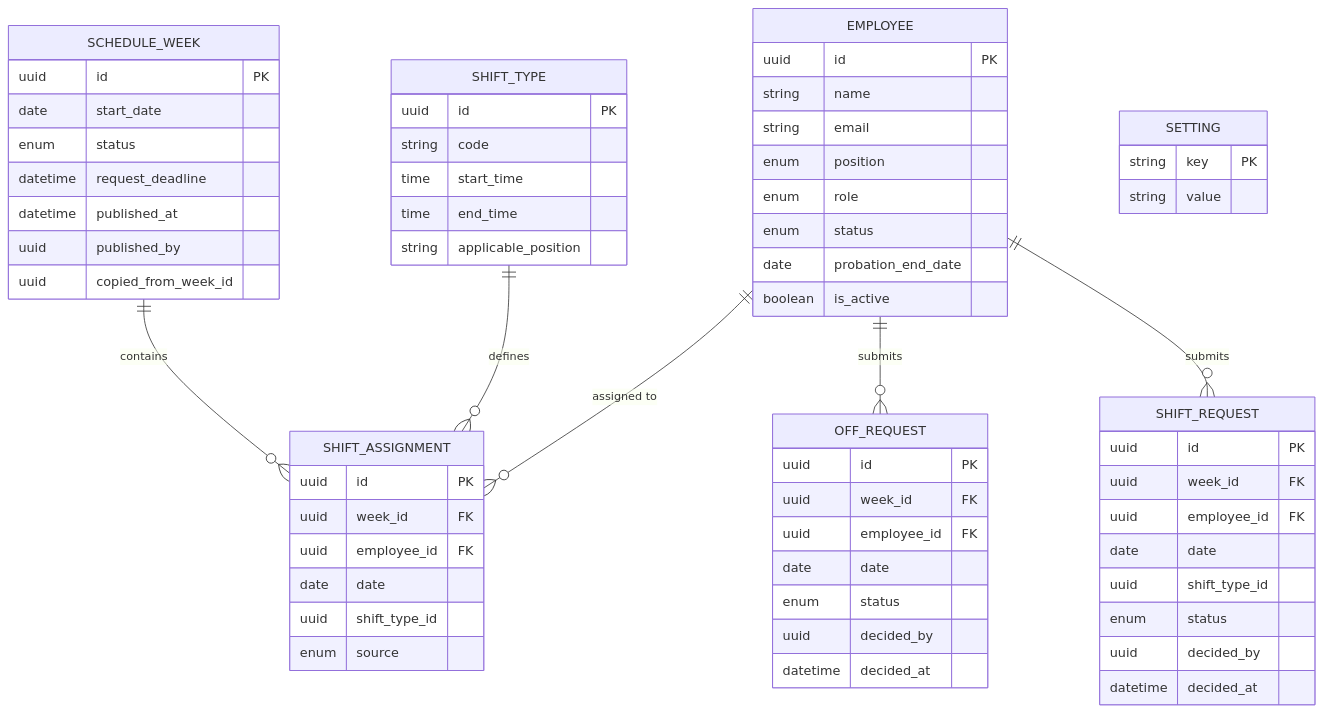
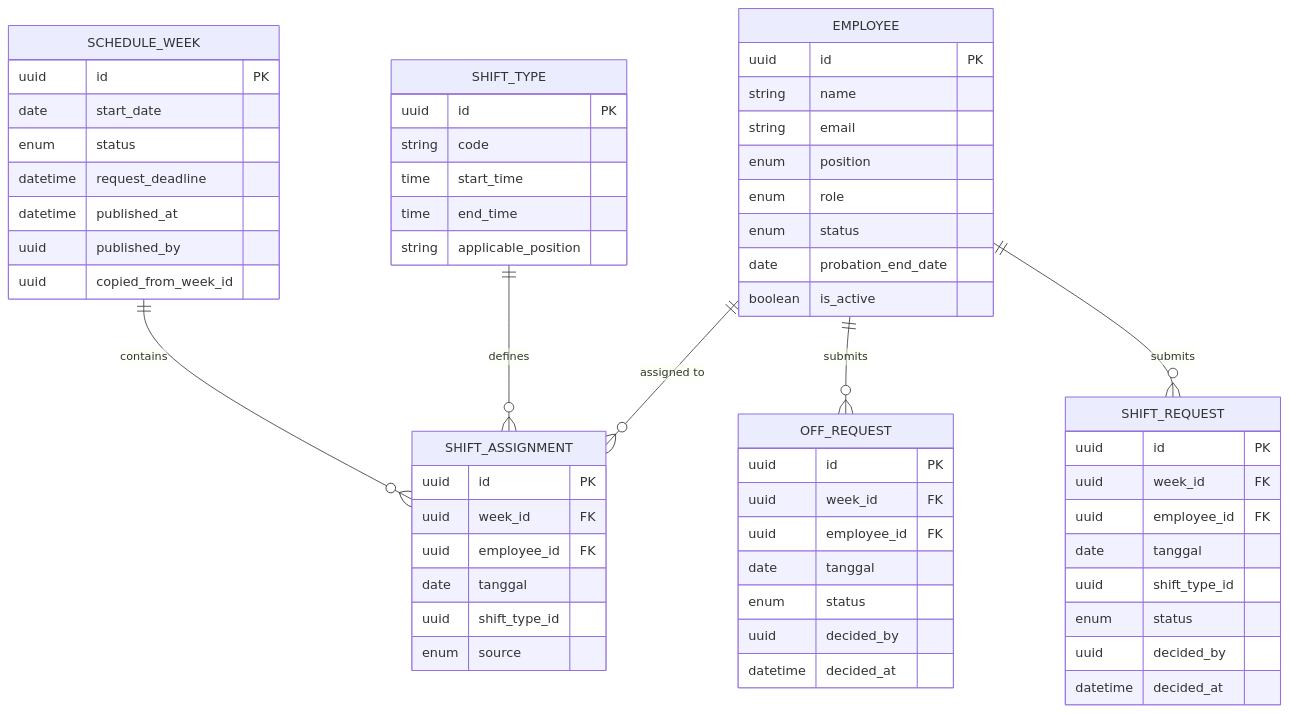
Before and after one commit to epo33m/scheduling: the eighth of 8 diagrams in .qoder/repowiki/en/content/Product Requirements Document/Functional Specifications/Schedule Creation Engine (F5).md, drawn with Mermaid. The commit also changed other lines of this file and 77 other files, not shown here.

````diff
--- a/.qoder/repowiki/en/content/Product Requirements Document/Functional Specifications/Schedule Creation Engine (F5).md
+++ b/.qoder/repowiki/en/content/Product Requirements Document/Functional Specifications/Schedule Creation Engine (F5).md
@@ -305,65 +359,61 @@
 ```mermaid
 erDiagram
 EMPLOYEE {
 uuid id PK
 string name
 string email
 enum position
 enum role
 enum status
 date probation_end_date
 boolean is_active
 }
 SHIFT_TYPE {
 uuid id PK
 string code
 time start_time
 time end_time
 string applicable_position
 }
 SCHEDULE_WEEK {
 uuid id PK
 date start_date
 enum status
 datetime request_deadline
 datetime published_at
 uuid published_by
 uuid copied_from_week_id
 }
 SHIFT_ASSIGNMENT {
 uuid id PK
 uuid week_id FK
 uuid employee_id FK
-date date
+date tanggal
 uuid shift_type_id
 enum source
 }
 OFF_REQUEST {
 uuid id PK
 uuid week_id FK
 uuid employee_id FK
-date date
+date tanggal
 enum status
 uuid decided_by
 datetime decided_at
 }
 SHIFT_REQUEST {
 uuid id PK
 uuid week_id FK
 uuid employee_id FK
-date date
+date tanggal
 uuid shift_type_id
 enum status
 uuid decided_by
 datetime decided_at
-}
-SETTING {
-string key PK
-string value
 }
 EMPLOYEE ||--o{ SHIFT_ASSIGNMENT : "assigned to"
 EMPLOYEE ||--o{ OFF_REQUEST : "submits"
 EMPLOYEE ||--o{ SHIFT_REQUEST : "submits"
 SCHEDULE_WEEK ||--o{ SHIFT_ASSIGNMENT : "contains"
 SHIFT_TYPE ||--o{ SHIFT_ASSIGNMENT : "defines"
 ```
````
